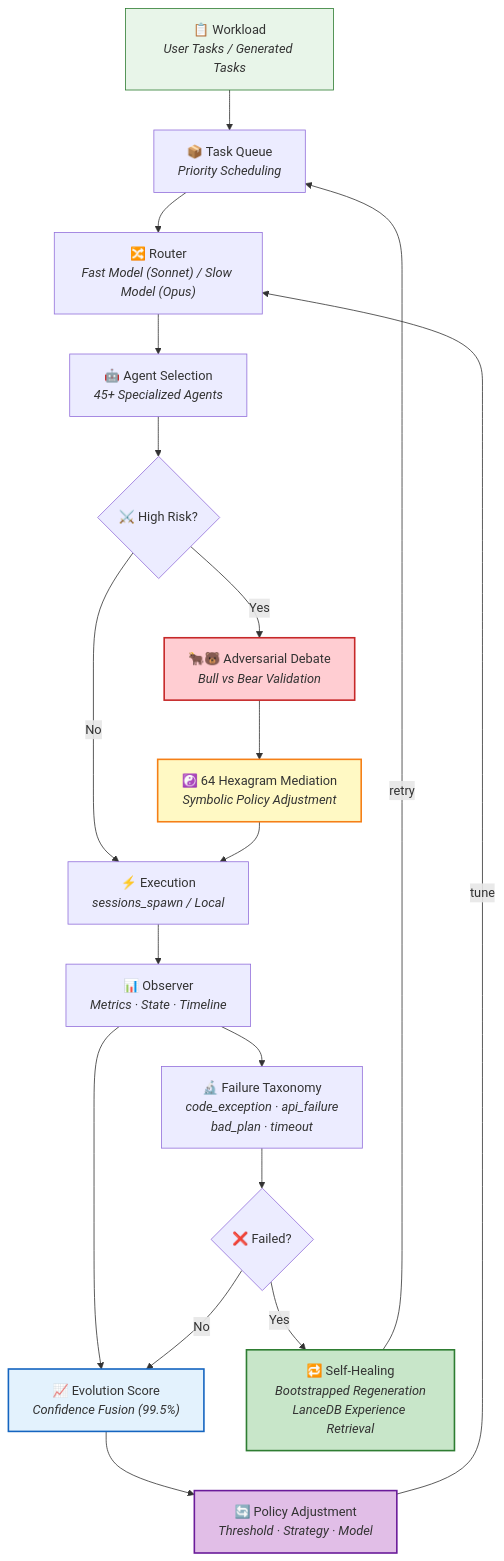
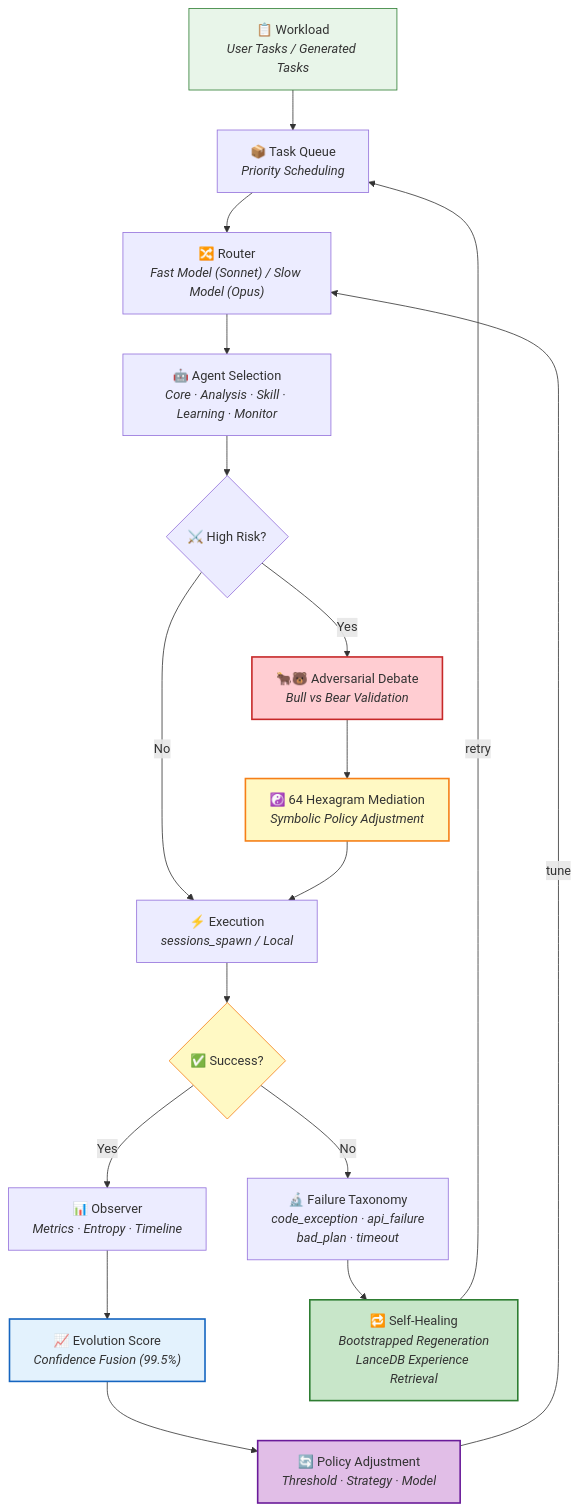
One commit to yangfei222666-9/aios-runtime changed the third of 3 diagrams in docs/ARCHITECTURE.md. Above: the diagram before and after it, drawn with Mermaid. The commit also changed other lines of this file and 26 other files, not shown here.

````diff
--- a/docs/ARCHITECTURE.md
+++ b/docs/ARCHITECTURE.md
@@ -93,42 +154,42 @@
 ```mermaid
 flowchart TD
     A["📋 Workload<br/><i>User Tasks / Generated Tasks</i>"]
     B["📦 Task Queue<br/><i>Priority Scheduling</i>"]
     C["🔀 Router<br/><i>Fast Model (Sonnet) / Slow Model (Opus)</i>"]
-    D["🤖 Agent Selection<br/><i>45+ Specialized Agents</i>"]
+    D["🤖 Agent Selection<br/><i>Core · Analysis · Skill · Learning · Monitor</i>"]
     E{"⚔️ High Risk?"}
     F["🐂🐻 Adversarial Debate<br/><i>Bull vs Bear Validation</i>"]
     G["☯️ 64 Hexagram Mediation<br/><i>Symbolic Policy Adjustment</i>"]
     H["⚡ Execution<br/><i>sessions_spawn / Local</i>"]
-    I["📊 Observer<br/><i>Metrics · State · Timeline</i>"]
+    S{"✅ Success?"}
+    I["📊 Observer<br/><i>Metrics · Entropy · Timeline</i>"]
     J["🔬 Failure Taxonomy<br/><i>code_exception · api_failure<br/>bad_plan · timeout</i>"]
     K["📈 Evolution Score<br/><i>Confidence Fusion (99.5%)</i>"]
     L["🔄 Policy Adjustment<br/><i>Threshold · Strategy · Model</i>"]
-    M{"❌ Failed?"}
     N["🔁 Self-Healing<br/><i>Bootstrapped Regeneration<br/>LanceDB Experience Retrieval</i>"]
 
     A --> B
     B --> C
     C --> D
     D --> E
     E -->|Yes| F
     E -->|No| H
     F --> G
     G --> H
-    H --> I
-    I --> J
+    H --> S
+    S -->|Yes| I
+    S -->|No| J
+    J --> N
+    N -->|"retry"| B
     I --> K
-    J --> M
     K --> L
     L -->|"tune"| C
-    M -->|Yes| N
-    M -->|No| K
-    N -->|"retry"| B
 
     style A fill:#e8f5e9,stroke:#2e7d32
     style F fill:#ffcdd2,stroke:#c62828,stroke-width:2px
     style G fill:#fff9c4,stroke:#f57f17,stroke-width:2px
     style N fill:#c8e6c9,stroke:#2e7d32,stroke-width:2px
     style K fill:#e3f2fd,stroke:#1565c0,stroke-width:2px
     style L fill:#e1bee7,stroke:#6a1b9a,stroke-width:2px
+    style S fill:#fff9c4,stroke:#f57f17
 ```
````
